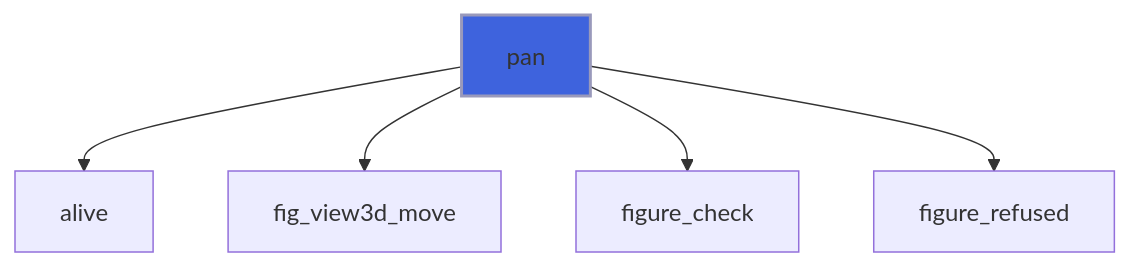
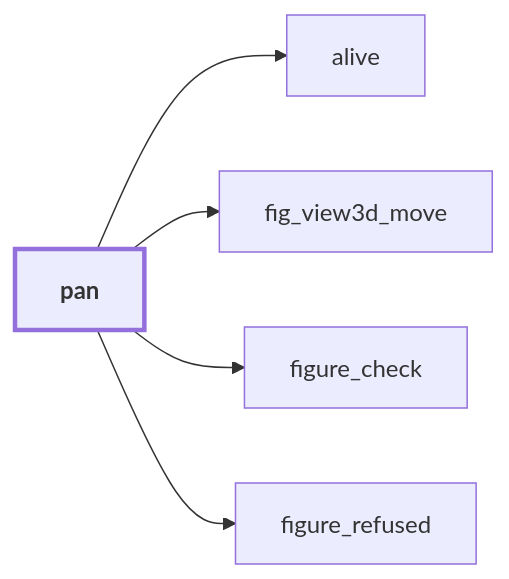
One commit to szaghi/figure changed diagram 13 of 39 in docs/api/src/lib/figure_view3d.md. Above: the diagram before and after it, drawn with Mermaid. The commit also changed other lines of this file and 54 other files, not shown here.

````diff
--- a/docs/api/src/lib/figure_view3d.md
+++ b/docs/api/src/lib/figure_view3d.md
@@ -565,8 +655,13 @@
 ```mermaid
-flowchart TD
+flowchart LR
   pan["pan"] --> alive["alive"]
   pan["pan"] --> fig_view3d_move["fig_view3d_move"]
   pan["pan"] --> figure_check["figure_check"]
   pan["pan"] --> figure_refused["figure_refused"]
-  style pan fill:#3e63dd,stroke:#99b,stroke-width:2px
+  classDef focus stroke-width:3px,font-weight:bold
+  class pan focus
+  click figure_refused href "figure_base.html#figure-refused" "figure_refused"
+  click alive href "#alive" "alive"
+  click figure_check href "figure_base.html#figure-check" "figure_check"
+  click fig_view3d_move href "#fig-view3d-move" "fig_view3d_move"
 ```
````
